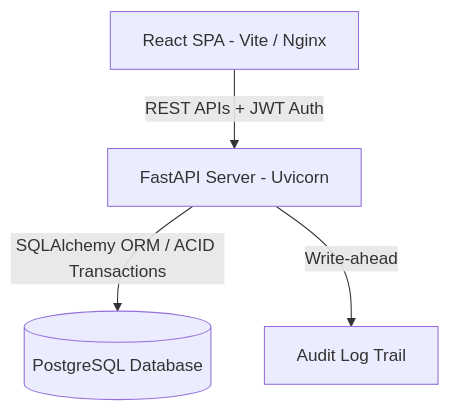
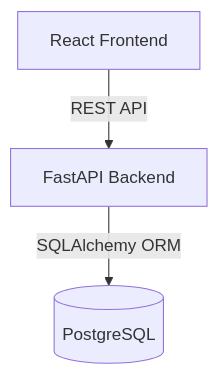
Before and after one commit to tanishka3219/inventory-order-system: the diagram in README.md, drawn with Mermaid. The commit also changed other lines of this file and 95 other files, not shown here.

````diff
--- a/README.md
+++ b/README.md
@@ -9,10 +14,5 @@
 ```mermaid
 graph TD
-    Client[React SPA - Vite / Nginx]
-    API[FastAPI Server - Uvicorn]
-    DB[(PostgreSQL Database)]
-
-    Client -->|REST APIs + JWT Auth| API
-    API -->|SQLAlchemy ORM / ACID Transactions| DB
-    API -->|Write-ahead| Logs[Audit Log Trail]
+    Client[React Frontend] -->|REST API| API[FastAPI Backend]
+    API -->|SQLAlchemy ORM| DB[(PostgreSQL)]
 ```
````
